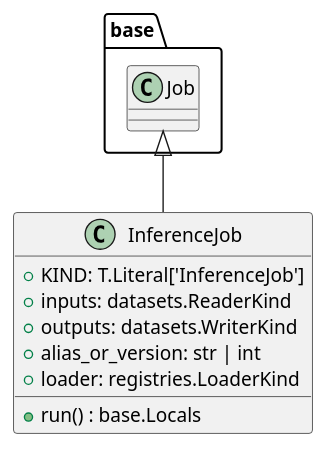
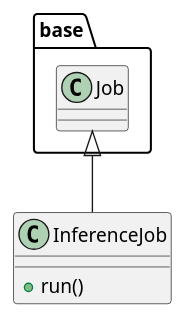
One commit to lgcorzo/llmops-python-package changed the diagram in openwiki/src/autogen_team/application/jobs/inference.md. Above: the diagram before and after it, drawn with PlantUML. The commit also changed other lines of this file and 77 other files, not shown here.

````diff
--- a/openwiki/src/autogen_team/application/jobs/inference.md
+++ b/openwiki/src/autogen_team/application/jobs/inference.md
@@ -53,13 +85,8 @@
 ```plantuml
 @startuml
-    base.Job <|-- InferenceJob
-    class InferenceJob {
-        +KIND: T.Literal['InferenceJob']
-        +inputs: datasets.ReaderKind
-        +outputs: datasets.WriterKind
-        +alias_or_version: str | int
-        +loader: registries.LoaderKind
-        +run() : base.Locals
-    }
+class InferenceJob {
+  + run()
+}
+base.Job <|-- InferenceJob
 @enduml
 ```
````
